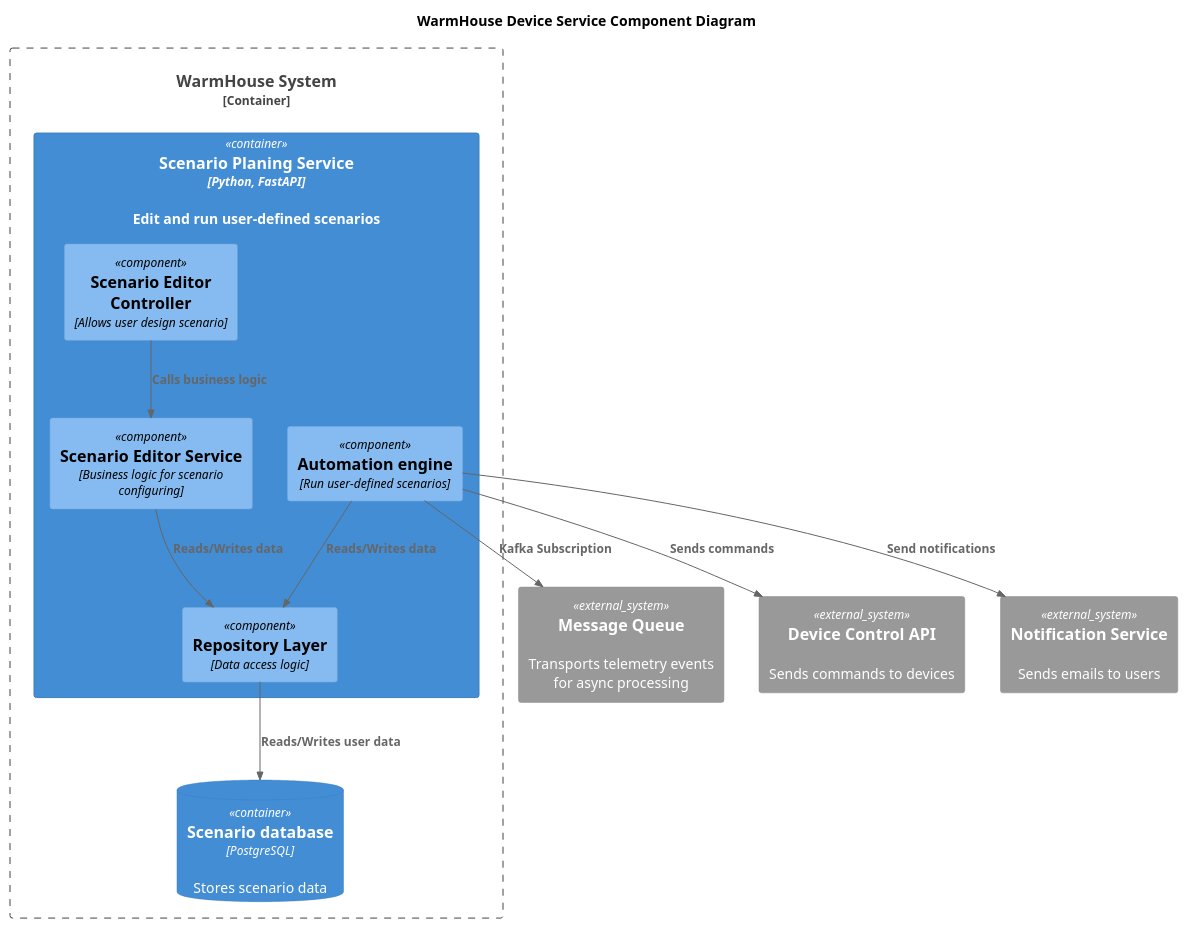
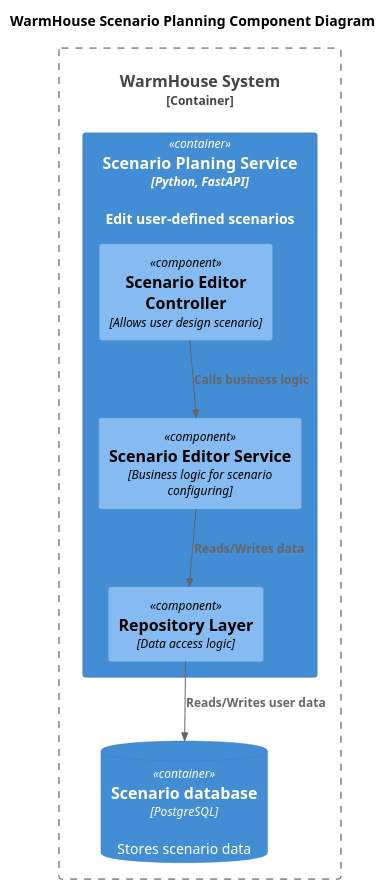
The diagram in diagrams/Component_Scenario_Planing.puml (EvgenyTernovoy/warmhouse), drawn with PlantUML before and after one commit. The commit also changed 4 other files, not shown here.

Commit message:
fix: diagrams

```diff
--- a/diagrams/Component_Scenario_Planing.puml
+++ b/diagrams/Component_Scenario_Planing.puml
@@ -1,33 +1,24 @@
 @startuml
-title WarmHouse Device Service Component Diagram
+title WarmHouse Scenario Planning Component Diagram
 
 top to bottom direction
 
 !includeurl https://raw.githubusercontent.com/RicardoNiepel/C4-PlantUML/master/C4_Component.puml
 
 Container_Boundary(WarmHouseSystem, "WarmHouse System") {
-  Container(ScenarioPlaning, "Scenario Planing Service", "Python, FastAPI", "Edit and run user-defined scenarios")
+  Container(ScenarioPlaning, "Scenario Planing Service", "Python, FastAPI", "Edit user-defined scenarios")
   ContainerDb(ScenarioDB, "Scenario database", "PostgreSQL", "Stores scenario data")
 }
 
-System_Ext(messageQueue, "Message Queue", "Transports telemetry events for async processing")
-System_Ext(DeviceAPI, "Device Control API", "Sends commands to devices")
-System_Ext(Notification, "Notification Service", "Sends emails to users")
-
-Container(ScenarioPlaning, "Device Management", "Python, FastAPI") {
+Container(ScenarioPlaning, "Scenario Planning", "Python, FastAPI") {
   Component(ScenarioEditorController, "Scenario Editor Controller", "Allows user design scenario")
   Component(ScenarioEditorService, "Scenario Editor Service", "Business logic for scenario configuring")
-  Component(AutomationEngine, "Automation engine", "Run user-defined scenarios")
   Component(RepositoryLayer, "Repository Layer", "Data access logic")
 }
 
 
 Rel(ScenarioEditorController,ScenarioEditorService,"Calls business logic")
-Rel(AutomationEngine,messageQueue,"Kafka Subscription")
-Rel(AutomationEngine, DeviceAPI, "Sends commands")
-Rel(AutomationEngine, Notification, "Send notifications",)
 Rel(ScenarioEditorService,RepositoryLayer,"Reads/Writes data")
-Rel(AutomationEngine,RepositoryLayer,"Reads/Writes data")
 Rel(RepositoryLayer,ScenarioDB,"Reads/Writes user data")
 
 @enduml
```
